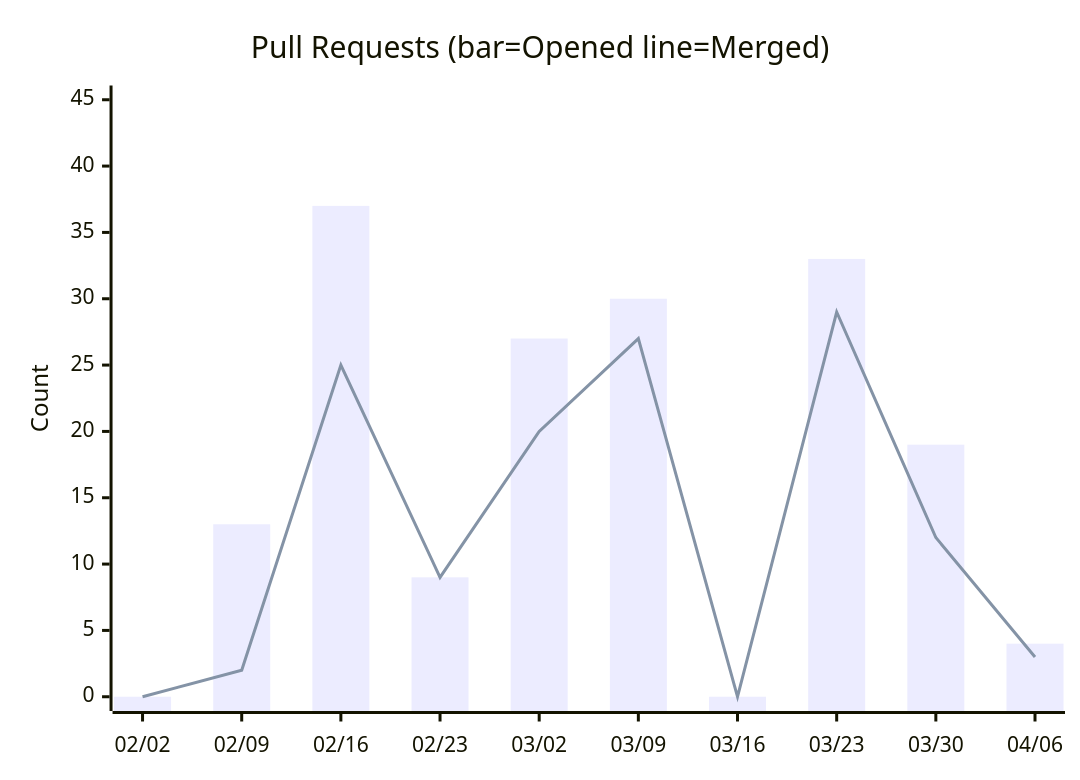
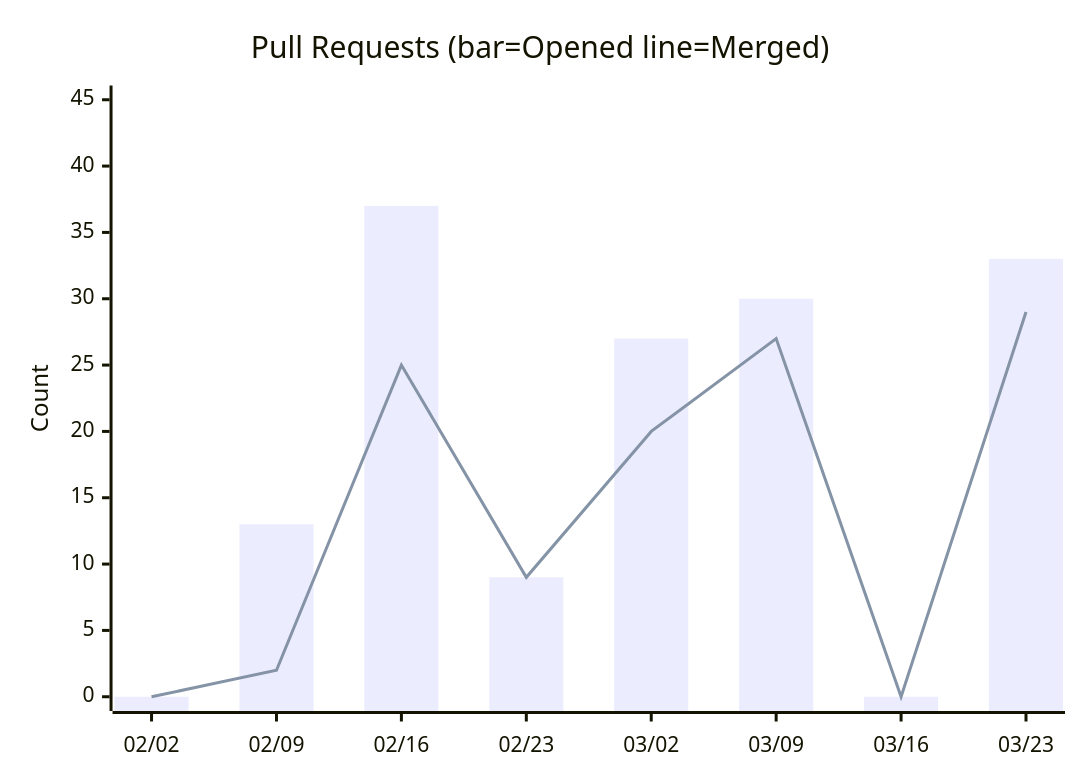
The sixth of 14 diagrams in docs/metrics.md (nablarch/nabledge-dev), drawn with Mermaid before and after one commit. The commit also changed other lines of this file and 1 other file, not shown here.

````diff
--- a/docs/metrics.md
+++ b/docs/metrics.md
@@ -100,8 +100,8 @@
 ```mermaid
 xychart-beta
   title "Pull Requests (bar=Opened  line=Merged)"
-  x-axis ["02/02", "02/09", "02/16", "02/23", "03/02", "03/09", "03/16", "03/23", "03/30", "04/06"]
+  x-axis ["02/02", "02/09", "02/16", "02/23", "03/02", "03/09", "03/16", "03/23"]
   y-axis "Count" 0 --> 45
-  bar [0, 13, 37, 9, 27, 30, 0, 33, 19, 4]
-  line [0, 2, 25, 9, 20, 27, 0, 29, 12, 3]
+  bar [0, 13, 37, 9, 27, 30, 0, 33]
+  line [0, 2, 25, 9, 20, 27, 0, 29]
 ```
````
